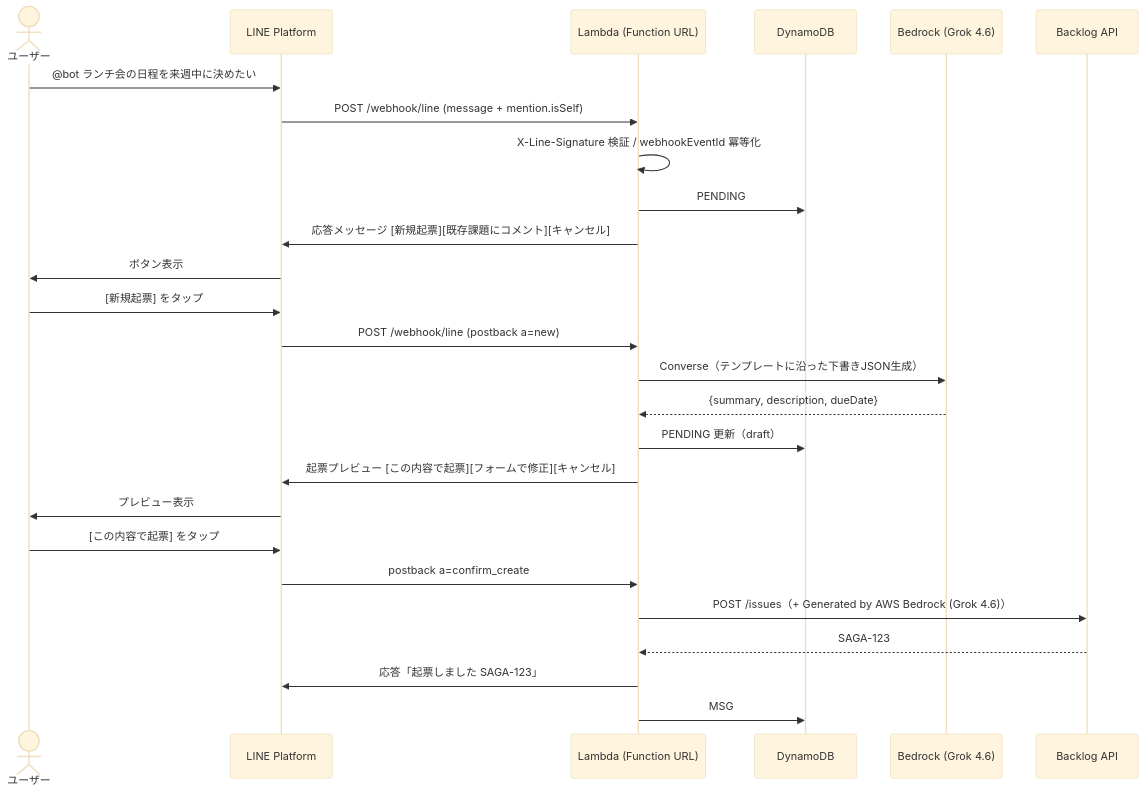
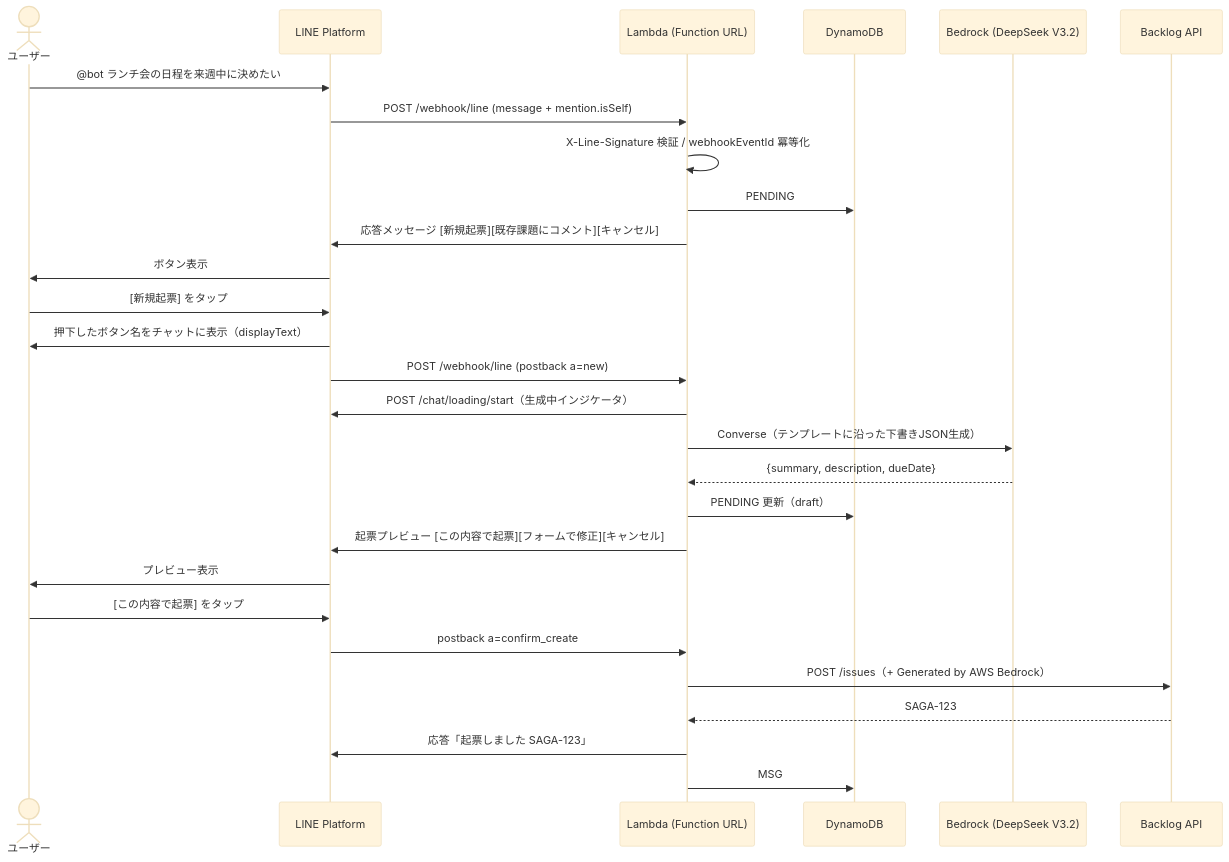
Before and after one commit to midnight480/backlog-with-line: the first of 6 diagrams in docs/SEQUENCE.md, drawn with Mermaid (base theme). The commit also changed other lines of this file and 2 other files, not shown here.

First line of the commit message:
Update docs for DeepSeek, staged LIFF setup, and tap feedback

````diff
--- a/docs/SEQUENCE.md
+++ b/docs/SEQUENCE.md
@@ -5,31 +5,33 @@
 ```mermaid
 sequenceDiagram
     actor U as ユーザー
     participant L as LINE Platform
     participant W as Lambda (Function URL)
     participant DB as DynamoDB
-    participant G as Bedrock (Grok 4.6)
+    participant G as Bedrock (DeepSeek V3.2)
     participant B as Backlog API
 
     U->>L: @bot ランチ会の日程を来週中に決めたい
     L->>W: POST /webhook/line (message + mention.isSelf)
     W->>W: X-Line-Signature 検証 / webhookEventId 冪等化
     W->>DB: PENDING#{id} 保存（intent, TTL 10分）
     W->>L: 応答メッセージ [新規起票][既存課題にコメント][キャンセル]
     L->>U: ボタン表示
 
     U->>L: [新規起票] をタップ
+    L->>U: 押下したボタン名をチャットに表示（displayText）
     L->>W: POST /webhook/line (postback a=new)
+    W->>L: POST /chat/loading/start（生成中インジケータ）
     W->>G: Converse（テンプレートに沿った下書きJSON生成）
     G-->>W: {summary, description, dueDate}
     W->>DB: PENDING 更新（draft）
     W->>L: 起票プレビュー [この内容で起票][フォームで修正][キャンセル]
     L->>U: プレビュー表示
 
     U->>L: [この内容で起票] をタップ
     L->>W: postback a=confirm_create
-    W->>B: POST /issues（+ Generated by AWS Bedrock (Grok 4.6)）
+    W->>B: POST /issues（+ Generated by AWS Bedrock）
     B-->>W: SAGA-123
     W->>L: 応答「起票しました SAGA-123」
     W->>DB: MSG#{返信メッセージID} → SAGA-123 を紐付け
 ```
````
